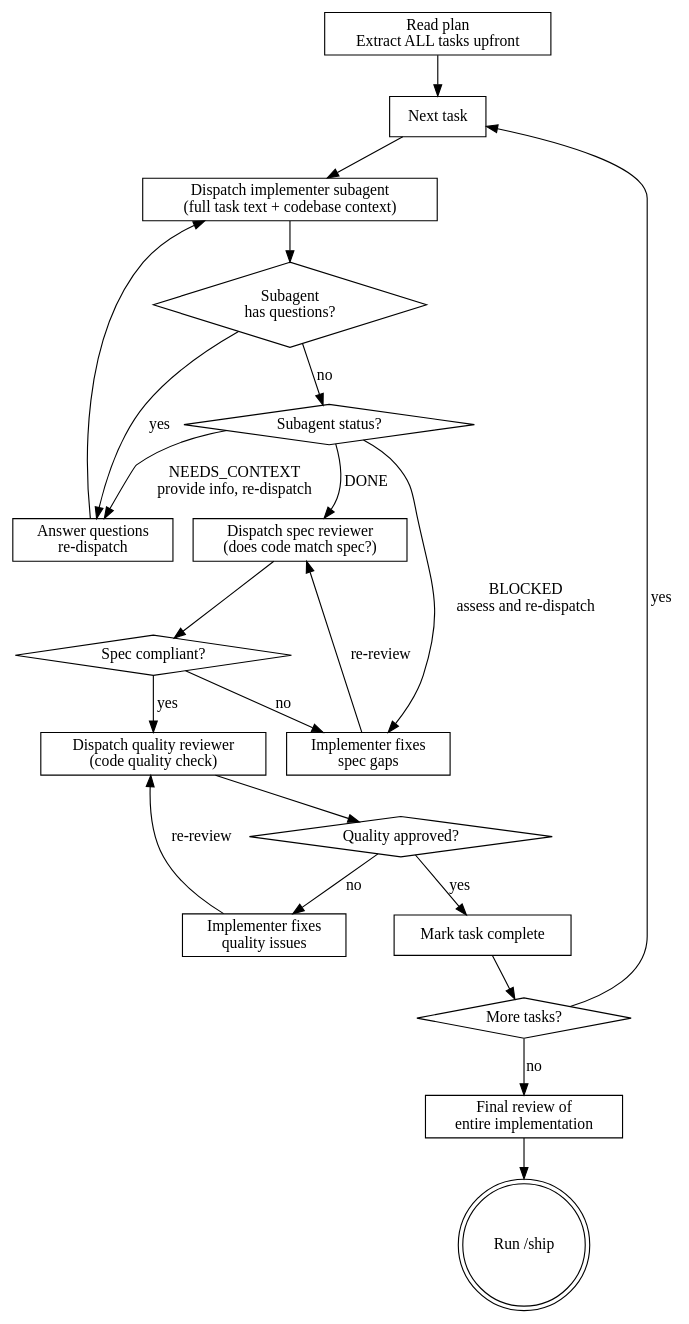
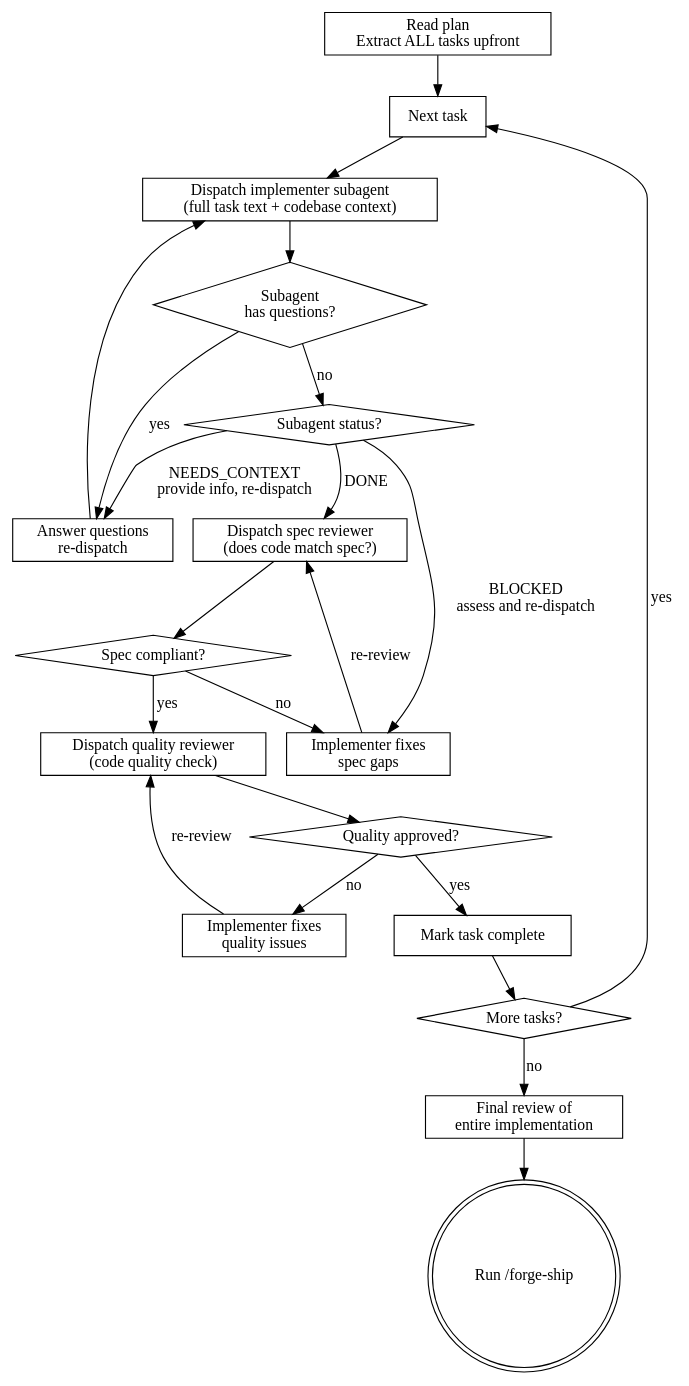
The second of 4 diagrams in skills/delegate/SKILL.md (zmzhace/fullstack-skills), drawn with Graphviz before and after one commit. The commit also changed other lines of this file and 28 other files, not shown here.

````diff
--- a/skills/delegate/SKILL.md
+++ b/skills/delegate/SKILL.md
@@ -82,43 +82,43 @@
 ```dot
 digraph sequential {
     rankdir=TB;
     read    [label="Read plan\nExtract ALL tasks upfront", shape=box];
     task    [label="Next task", shape=box];
     impl    [label="Dispatch implementer subagent\n(full task text + codebase context)", shape=box];
     q       [label="Subagent\nhas questions?", shape=diamond];
     ans     [label="Answer questions\nre-dispatch", shape=box];
     status  [label="Subagent status?", shape=diamond];
     spec    [label="Dispatch spec reviewer\n(does code match spec?)", shape=box];
     specok  [label="Spec compliant?", shape=diamond];
     fixspec [label="Implementer fixes\nspec gaps", shape=box];
     qual    [label="Dispatch quality reviewer\n(code quality check)", shape=box];
     qualok  [label="Quality approved?", shape=diamond];
     fixqual [label="Implementer fixes\nquality issues", shape=box];
     done1   [label="Mark task complete", shape=box];
     more    [label="More tasks?", shape=diamond];
     final   [label="Final review of\nentire implementation", shape=box];
-    ship    [label="Run /ship", shape=doublecircle];
+    ship    [label="Run /forge-ship", shape=doublecircle];
 
     read -> task;
     task -> impl;
     impl -> q;
     q -> ans [label="yes"];
     ans -> impl;
     q -> status [label="no"];
     status -> spec [label="DONE"];
     status -> ans [label="NEEDS_CONTEXT\nprovide info, re-dispatch"];
     status -> fixspec [label="BLOCKED\nassess and re-dispatch"];
     spec -> specok;
     specok -> fixspec [label="no"];
     fixspec -> spec [label="re-review"];
     specok -> qual [label="yes"];
     qual -> qualok;
     qualok -> fixqual [label="no"];
     fixqual -> qual [label="re-review"];
     qualok -> done1 [label="yes"];
     done1 -> more;
     more -> task [label="yes"];
     more -> final [label="no"];
     final -> ship;
 }
 ```
````
